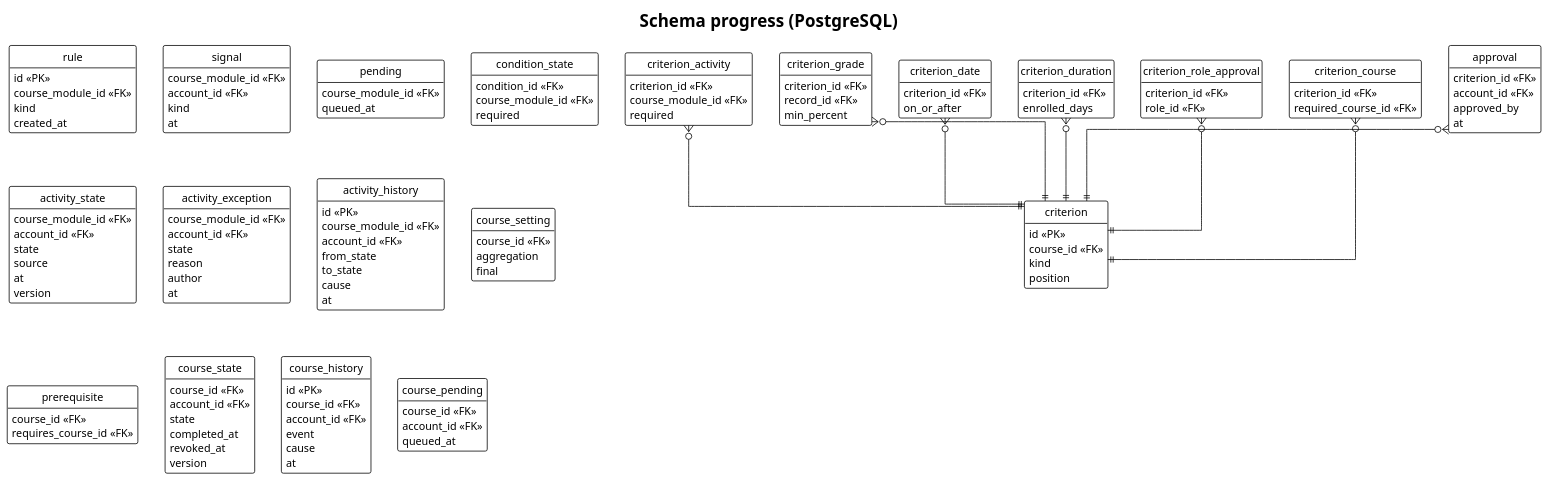
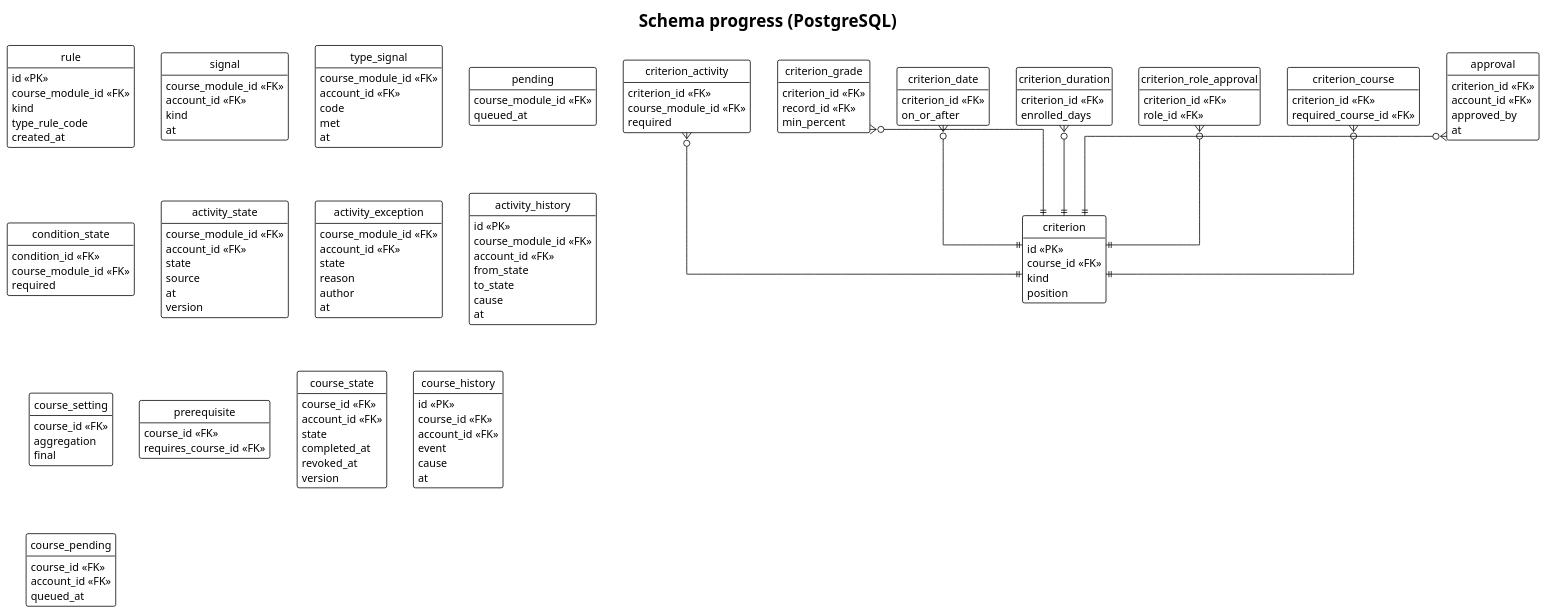
Before and after one commit to didactika/kampus: the diagram in docs/03-design/data-model/progress.puml, drawn with PlantUML. The commit also changed 36 other files, not shown here.

```diff
--- a/docs/03-design/data-model/progress.puml
+++ b/docs/03-design/data-model/progress.puml
@@ -1,130 +1,138 @@
 @startuml
 !theme plain
 hide empty members
 hide circle
 skinparam linetype ortho
 title Schema progress (PostgreSQL)
 
 entity rule {
   id <<PK>>
   course_module_id <<FK>>
   kind
+  type_rule_code
   created_at
 }
 entity signal {
   course_module_id <<FK>>
   account_id <<FK>>
   kind
+  at
+}
+entity type_signal {
+  course_module_id <<FK>>
+  account_id <<FK>>
+  code
+  met
   at
 }
 entity pending {
   course_module_id <<FK>>
   queued_at
 }
 entity condition_state {
   condition_id <<FK>>
   course_module_id <<FK>>
   required
 }
 entity activity_state {
   course_module_id <<FK>>
   account_id <<FK>>
   state
   source
   at
   version
 }
 entity activity_exception {
   course_module_id <<FK>>
   account_id <<FK>>
   state
   reason
   author
   at
 }
 entity activity_history {
   id <<PK>>
   course_module_id <<FK>>
   account_id <<FK>>
   from_state
   to_state
   cause
   at
 }
 entity course_setting {
   course_id <<FK>>
   aggregation
   final
 }
 entity criterion {
   id <<PK>>
   course_id <<FK>>
   kind
   position
 }
 entity criterion_activity {
   criterion_id <<FK>>
   course_module_id <<FK>>
   required
 }
 entity criterion_grade {
   criterion_id <<FK>>
   record_id <<FK>>
   min_percent
 }
 entity criterion_date {
   criterion_id <<FK>>
   on_or_after
 }
 entity criterion_duration {
   criterion_id <<FK>>
   enrolled_days
 }
 entity criterion_role_approval {
   criterion_id <<FK>>
   role_id <<FK>>
 }
 entity criterion_course {
   criterion_id <<FK>>
   required_course_id <<FK>>
 }
 entity approval {
   criterion_id <<FK>>
   account_id <<FK>>
   approved_by
   at
 }
 entity prerequisite {
   course_id <<FK>>
   requires_course_id <<FK>>
 }
 entity course_state {
   course_id <<FK>>
   account_id <<FK>>
   state
   completed_at
   revoked_at
   version
 }
 entity course_history {
   id <<PK>>
   course_id <<FK>>
   account_id <<FK>>
   event
   cause
   at
 }
 entity course_pending {
   course_id <<FK>>
   account_id <<FK>>
   queued_at
 }
 
 criterion_activity }o--|| criterion
 criterion_grade }o--|| criterion
 criterion_date }o--|| criterion
 criterion_duration }o--|| criterion
 criterion_role_approval }o--|| criterion
 criterion_course }o--|| criterion
 approval }o--|| criterion
 @enduml
```
